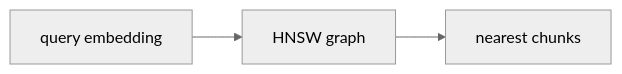
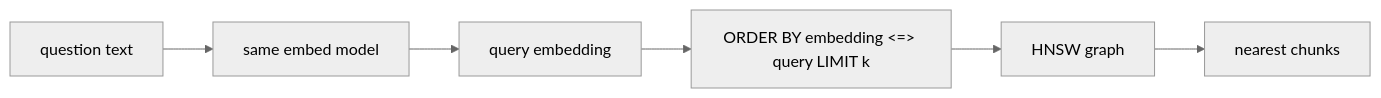
Before and after one commit to leosanner/graph_pilot: the diagram in docs/dev/chunk-index.md, drawn with Mermaid (neutral theme). The commit also changed other lines of this file and 1 other file, not shown here.

First line of the commit message:
Document how queries use the HNSW cosine operator.

````diff
--- a/docs/dev/chunk-index.md
+++ b/docs/dev/chunk-index.md
@@ -19,5 +19,8 @@
 ```mermaid
 flowchart LR
-  A["query embedding"] --> B["HNSW graph"]
-  B --> C["nearest chunks"]
+  A["question text"] --> B["same embed model"]
+  B --> C["query embedding"]
+  C --> D["ORDER BY embedding <=> query LIMIT k"]
+  D --> E["HNSW graph"]
+  E --> F["nearest chunks"]
 ```
````
